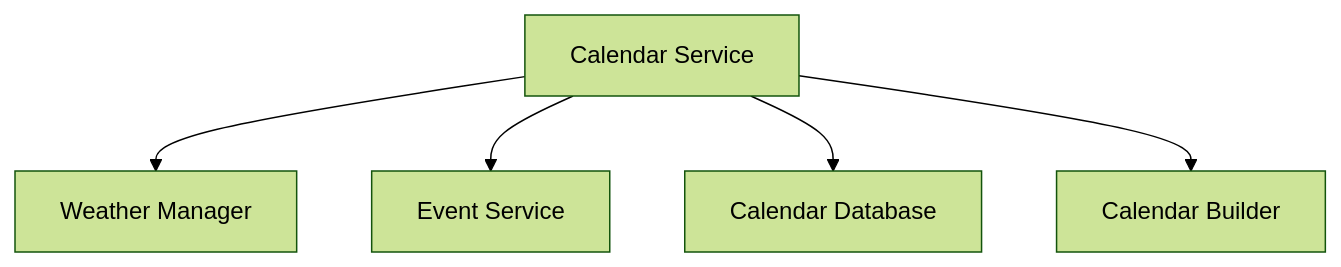
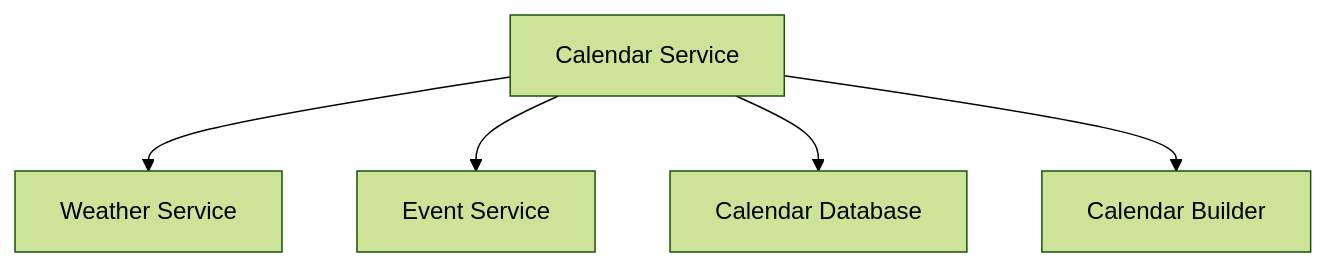
The second of 4 diagrams in docs/architecture/services.md (nasula/golfcal2), drawn with Mermaid (forest theme) before and after one commit. The commit also changed other lines of this file and 16 other files, not shown here.

First line of the commit message:
Refactor weather service documentation with strategy pattern and improved provider implementations

````diff
--- a/docs/architecture/services.md
+++ b/docs/architecture/services.md
@@ -98,7 +113,7 @@
 ```mermaid
 graph TD
-    CS[Calendar Service] --> WM[Weather Manager]
+    CS[Calendar Service] --> WS[Weather Service]
     CS --> ES[Event Service]
     CS --> DB[Calendar Database]
     CS --> Builder[Calendar Builder]
 ```
````
